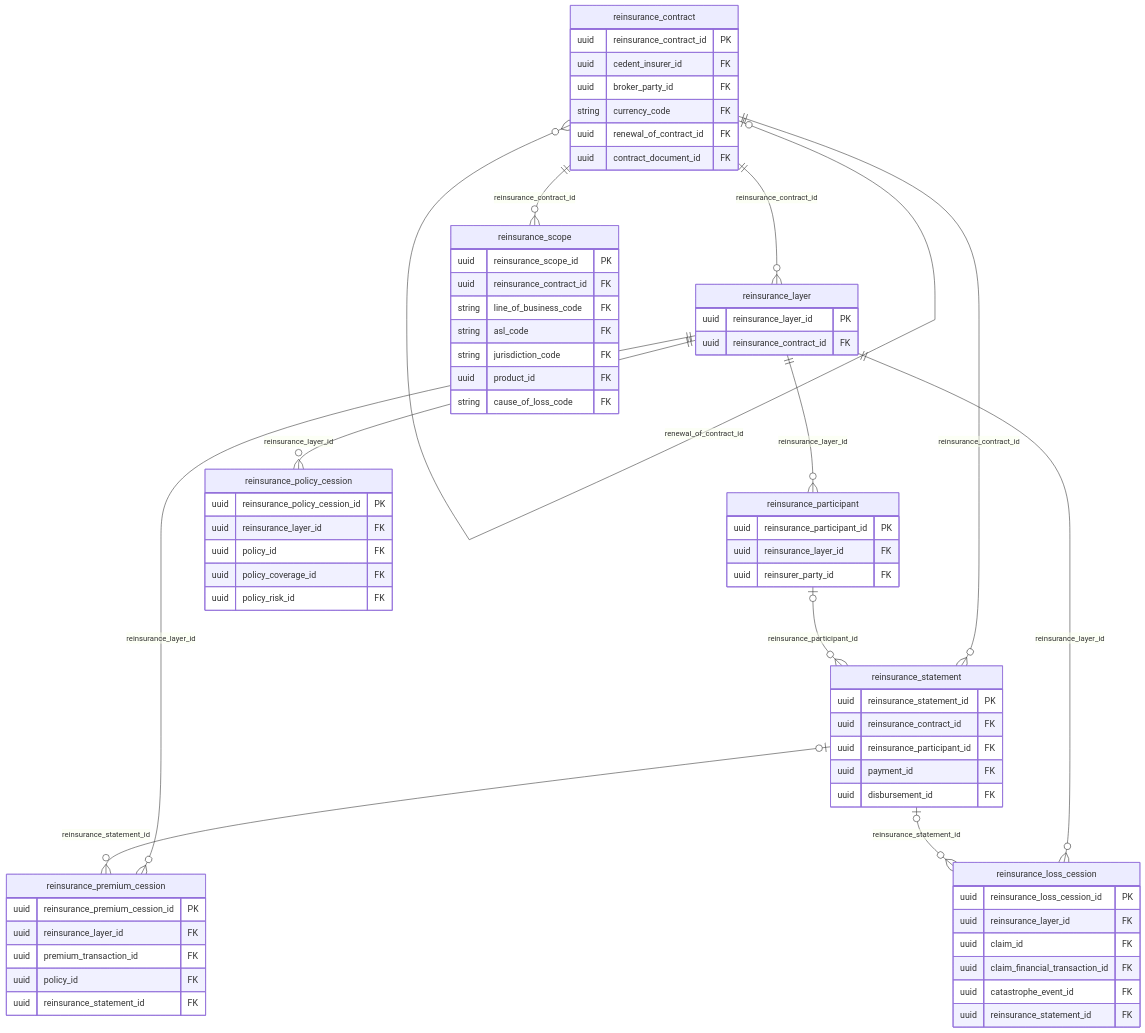
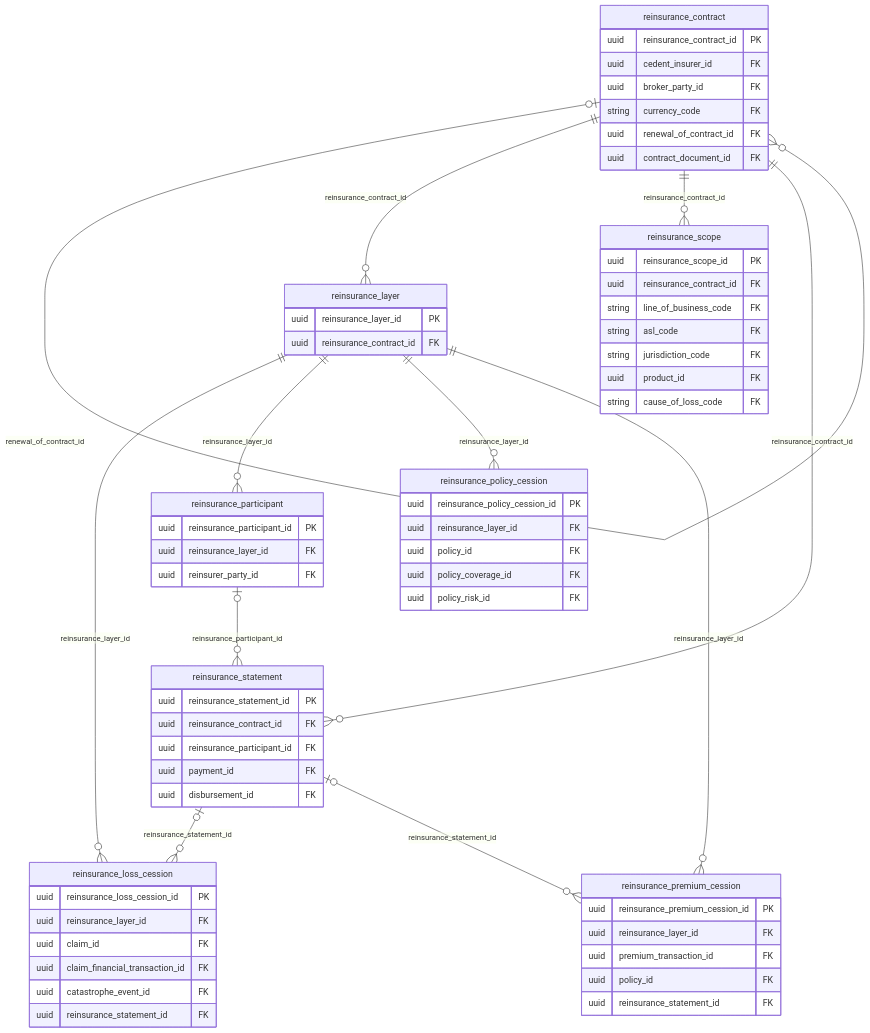
One commit to EricHeasley/InsuranceDataModel changed diagram 13 of 13 in docs/diagrams.md. Above: the diagram before and after it, drawn with Mermaid. The commit also changed other lines of this file and 300 other files, not shown here.

First line of the commit message:
Make standard JSON Schema files the source of the model

````diff
--- a/docs/diagrams.md
+++ b/docs/diagrams.md
@@ -1037,69 +1037,69 @@
 ```mermaid
 erDiagram
   reinsurance_contract {
     uuid reinsurance_contract_id PK
     uuid cedent_insurer_id FK
     uuid broker_party_id FK
     string currency_code FK
     uuid renewal_of_contract_id FK
     uuid contract_document_id FK
   }
   reinsurance_layer {
     uuid reinsurance_layer_id PK
     uuid reinsurance_contract_id FK
   }
+  reinsurance_loss_cession {
+    uuid reinsurance_loss_cession_id PK
+    uuid reinsurance_layer_id FK
+    uuid claim_id FK
+    uuid claim_financial_transaction_id FK
+    uuid catastrophe_event_id FK
+    uuid reinsurance_statement_id FK
+  }
   reinsurance_participant {
     uuid reinsurance_participant_id PK
     uuid reinsurance_layer_id FK
     uuid reinsurer_party_id FK
-  }
-  reinsurance_scope {
-    uuid reinsurance_scope_id PK
-    uuid reinsurance_contract_id FK
-    string line_of_business_code FK
-    string asl_code FK
-    string jurisdiction_code FK
-    uuid product_id FK
-    string cause_of_loss_code FK
   }
   reinsurance_policy_cession {
     uuid reinsurance_policy_cession_id PK
     uuid reinsurance_layer_id FK
     uuid policy_id FK
     uuid policy_coverage_id FK
     uuid policy_risk_id FK
   }
   reinsurance_premium_cession {
     uuid reinsurance_premium_cession_id PK
     uuid reinsurance_layer_id FK
     uuid premium_transaction_id FK
     uuid policy_id FK
     uuid reinsurance_statement_id FK
   }
-  reinsurance_loss_cession {
-    uuid reinsurance_loss_cession_id PK
-    uuid reinsurance_layer_id FK
-    uuid claim_id FK
-    uuid claim_financial_transaction_id FK
-    uuid catastrophe_event_id FK
-    uuid reinsurance_statement_id FK
+  reinsurance_scope {
+    uuid reinsurance_scope_id PK
+    uuid reinsurance_contract_id FK
+    string line_of_business_code FK
+    string asl_code FK
+    string jurisdiction_code FK
+    uuid product_id FK
+    string cause_of_loss_code FK
   }
   reinsurance_statement {
     uuid reinsurance_statement_id PK
     uuid reinsurance_contract_id FK
     uuid reinsurance_participant_id FK
     uuid payment_id FK
     uuid disbursement_id FK
   }
   reinsurance_contract o|--o{ reinsurance_contract : "renewal_of_contract_id"
   reinsurance_contract ||--o{ reinsurance_layer : "reinsurance_contract_id"
+  reinsurance_layer ||--o{ reinsurance_loss_cession : "reinsurance_layer_id"
+  reinsurance_statement o|--o{ reinsurance_loss_cession : "reinsurance_statement_id"
   reinsurance_layer ||--o{ reinsurance_participant : "reinsurance_layer_id"
-  reinsurance_contract ||--o{ reinsurance_scope : "reinsurance_contract_id"
   reinsurance_layer ||--o{ reinsurance_policy_cession : "reinsurance_layer_id"
   reinsurance_layer ||--o{ reinsurance_premium_cession : "reinsurance_layer_id"
   reinsurance_statement o|--o{ reinsurance_premium_cession : "reinsurance_statement_id"
-  reinsurance_layer ||--o{ reinsurance_loss_cession : "reinsurance_layer_id"
-  reinsurance_statement o|--o{ reinsurance_loss_cession : "reinsurance_statement_id"
+  reinsurance_contract ||--o{ reinsurance_scope : "reinsurance_contract_id"
   reinsurance_contract ||--o{ reinsurance_statement : "reinsurance_contract_id"
   reinsurance_participant o|--o{ reinsurance_statement : "reinsurance_participant_id"
 ```
````
